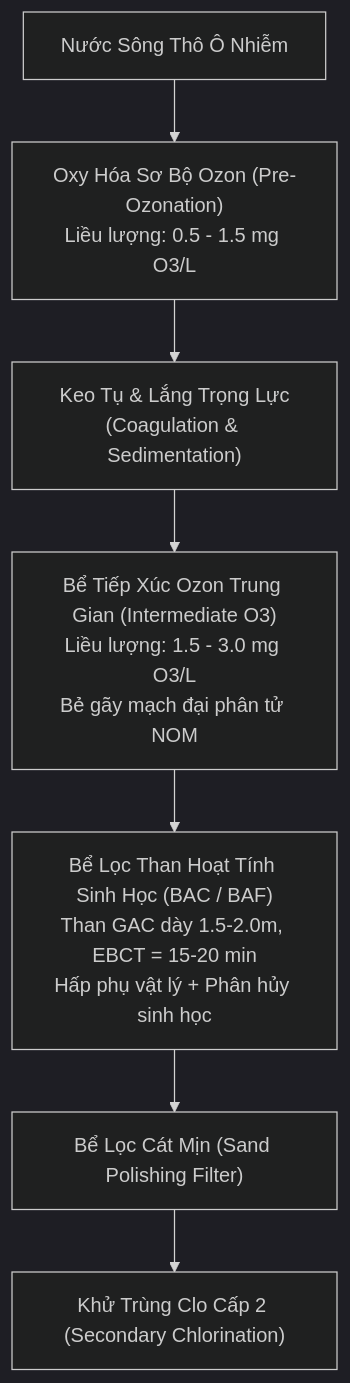
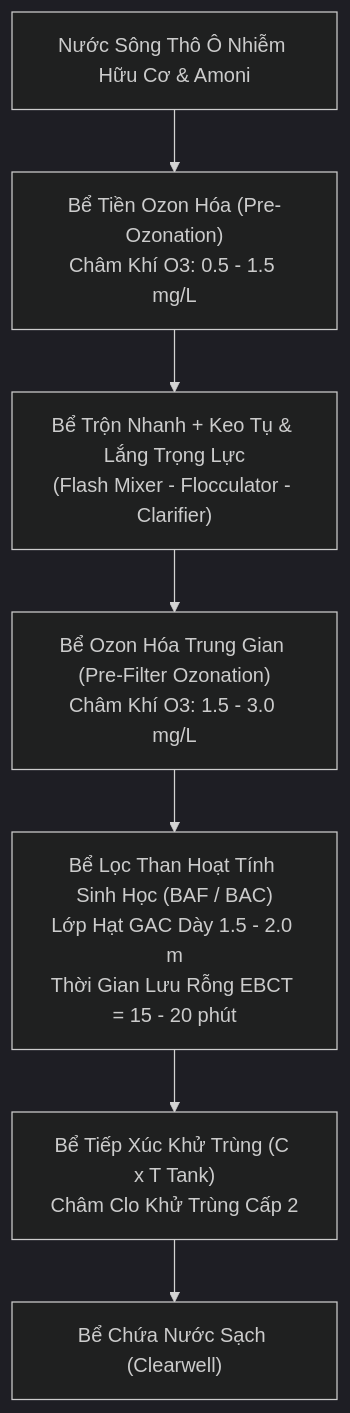
Before and after one commit to nguyendoanhcmut/hcmut-263-branches: the eighth of 12 diagrams in kt-xu-ly-nuoc-cap/fragments/ch01_branches.md, drawn with Mermaid (dark theme). The commit also changed other lines of this file and 12 other files, not shown here.

First line of the commit message:
feat(water-treatment): rebuild branches mindmap to ASD-STE100 standard

````diff
--- a/kt-xu-ly-nuoc-cap/fragments/ch01_branches.md
+++ b/kt-xu-ly-nuoc-cap/fragments/ch01_branches.md
@@ -618,9 +1096,9 @@
 ```mermaid
 flowchart TD
-    A["Nước Sông Thô Ô Nhiễm"] --> B["Oxy Hóa Sơ Bộ Ozon (Pre-Ozonation)\nLiều lượng: 0.5 - 1.5 mg O3/L"]
-    B --> C["Keo Tụ & Lắng Trọng Lực\n(Coagulation & Sedimentation)"]
-    C --> D["Bể Tiếp Xúc Ozon Trung Gian (Intermediate O3)\nLiều lượng: 1.5 - 3.0 mg O3/L\nBẻ gãy mạch đại phân tử NOM"]
-    D --> E["Bể Lọc Than Hoạt Tính Sinh Học (BAC / BAF)\nThan GAC dày 1.5-2.0m, EBCT = 15-20 min\nHấp phụ vật lý + Phân hủy sinh học"]
-    E --> F["Bể Lọc Cát Mịn (Sand Polishing Filter)"]
-    F --> G["Khử Trùng Clo Cấp 2 (Secondary Chlorination)"]
+    A["Nước Sông Thô Ô Nhiễm Hữu Cơ & Amoni"] --> B["Bể Tiền Ozon Hóa (Pre-Ozonation)\nChâm Khí O3: 0.5 - 1.5 mg/L"]
+    B --> C["Bể Trộn Nhanh + Keo Tụ & Lắng Trọng Lực\n(Flash Mixer - Flocculator - Clarifier)"]
+    C --> D["Bể Ozon Hóa Trung Gian (Pre-Filter Ozonation)\nChâm Khí O3: 1.5 - 3.0 mg/L"]
+    D --> E["Bể Lọc Than Hoạt Tính Sinh Học (BAF / BAC)\nLớp Hạt GAC Dày 1.5 - 2.0 m\nThời Gian Lưu Rỗng EBCT = 15 - 20 phút"]
+    E --> F["Bể Tiếp Xúc Khử Trùng (C x T Tank)\nChâm Clo Khử Trùng Cấp 2"]
+    F --> G["Bể Chứa Nước Sạch (Clearwell)"]
 ```
````
